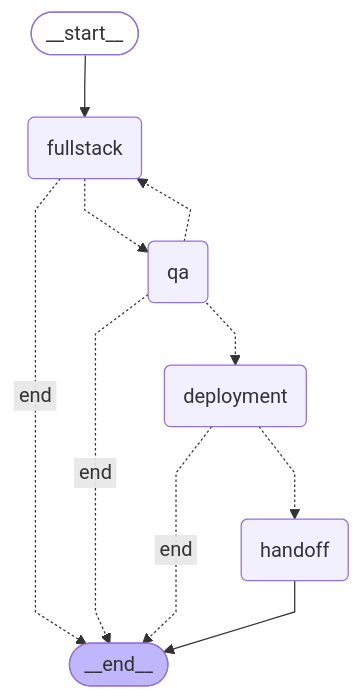
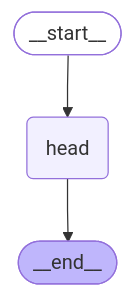
The diagram in src/agentic_company/orchestration/graphs/delivery-graph.mmd (AntonLiutov/agentic-company), drawn with Mermaid before and after one commit. The commit also changed 165 other files, not shown here.

```diff
--- a/src/agentic_company/orchestration/graphs/delivery-graph.mmd
+++ b/src/agentic_company/orchestration/graphs/delivery-graph.mmd
@@ -1,24 +1,14 @@
 ---
 config:
   flowchart:
     curve: linear
 ---
 graph TD;
 	__start__([<p>__start__</p>]):::first
-	fullstack(fullstack)
-	qa(qa)
-	deployment(deployment)
-	handoff(handoff)
+	head(head)
 	__end__([<p>__end__</p>]):::last
-	__start__ --> fullstack;
-	deployment -. &nbsp;end&nbsp; .-> __end__;
-	deployment -.-> handoff;
-	fullstack -. &nbsp;end&nbsp; .-> __end__;
-	fullstack -.-> qa;
-	qa -. &nbsp;end&nbsp; .-> __end__;
-	qa -.-> deployment;
-	qa -.-> fullstack;
-	handoff --> __end__;
+	__start__ --> head;
+	head --> __end__;
 	classDef default fill:#f2f0ff,line-height:1.2
 	classDef first fill-opacity:0
 	classDef last fill:#bfb6fc
```
